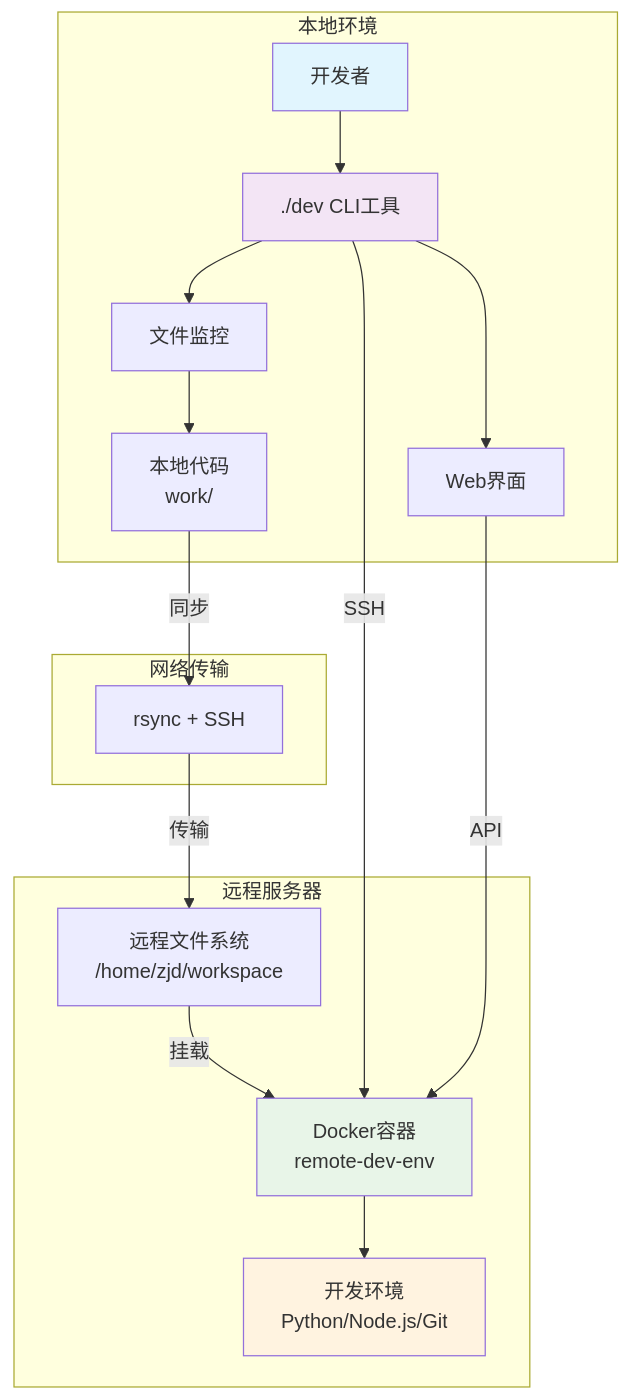
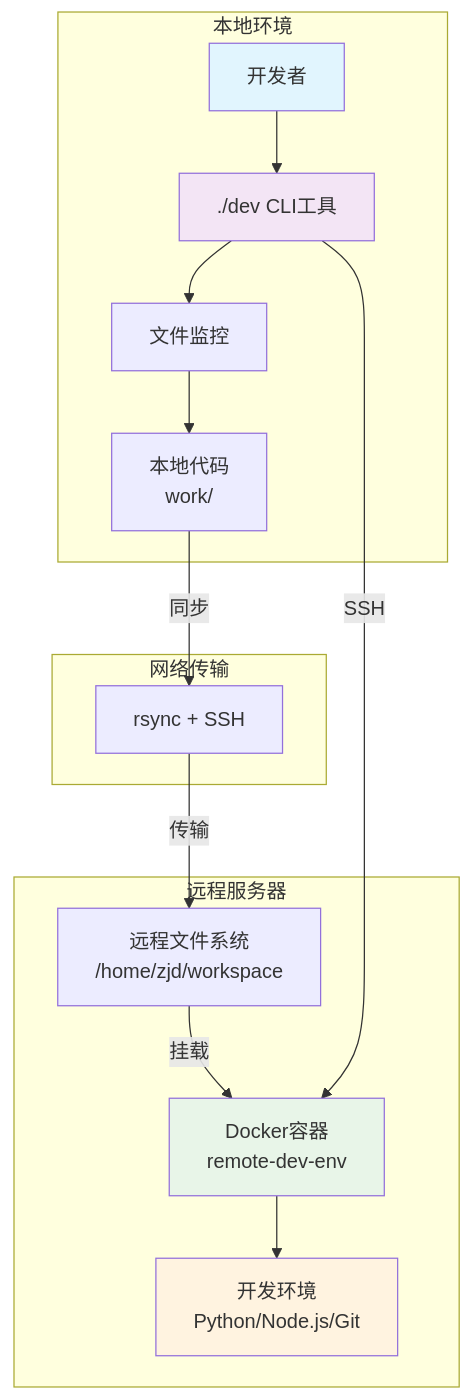
One commit to Zhang-Jingdian/remote-dev changed the first of 2 diagrams in README.md. Above: the diagram before and after it, drawn with Mermaid. The commit also changed other lines of this file and 23 other files, not shown here.

````diff
--- a/README.md
+++ b/README.md
@@ -20,32 +19,30 @@
 ```mermaid
 graph TB
     subgraph "本地环境"
         A[开发者] --> B[./dev CLI工具]
         B --> C[文件监控]
-        B --> D[Web界面]
         C --> E[本地代码<br/>work/]
     end
     
     subgraph "网络传输"
         F[rsync + SSH]
     end
     
     subgraph "远程服务器"
         G[远程文件系统<br/>/home/zjd/workspace]
         H[Docker容器<br/>remote-dev-env]
         I[开发环境<br/>Python/Node.js/Git]
     end
     
     E -->|同步| F
     F -->|传输| G
     G -->|挂载| H
     H --> I
     
     B -->|SSH| H
-    D -->|API| H
     
     style A fill:#e1f5fe
     style B fill:#f3e5f5
     style H fill:#e8f5e8
     style I fill:#fff3e0
 ```
````
